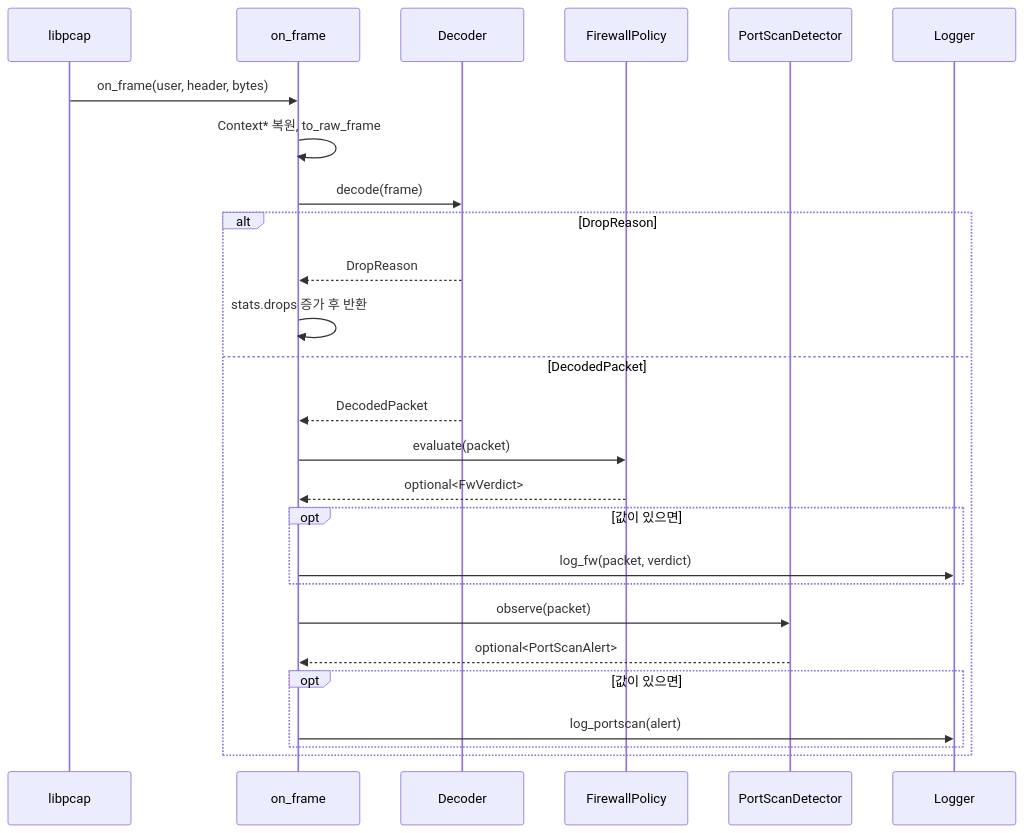
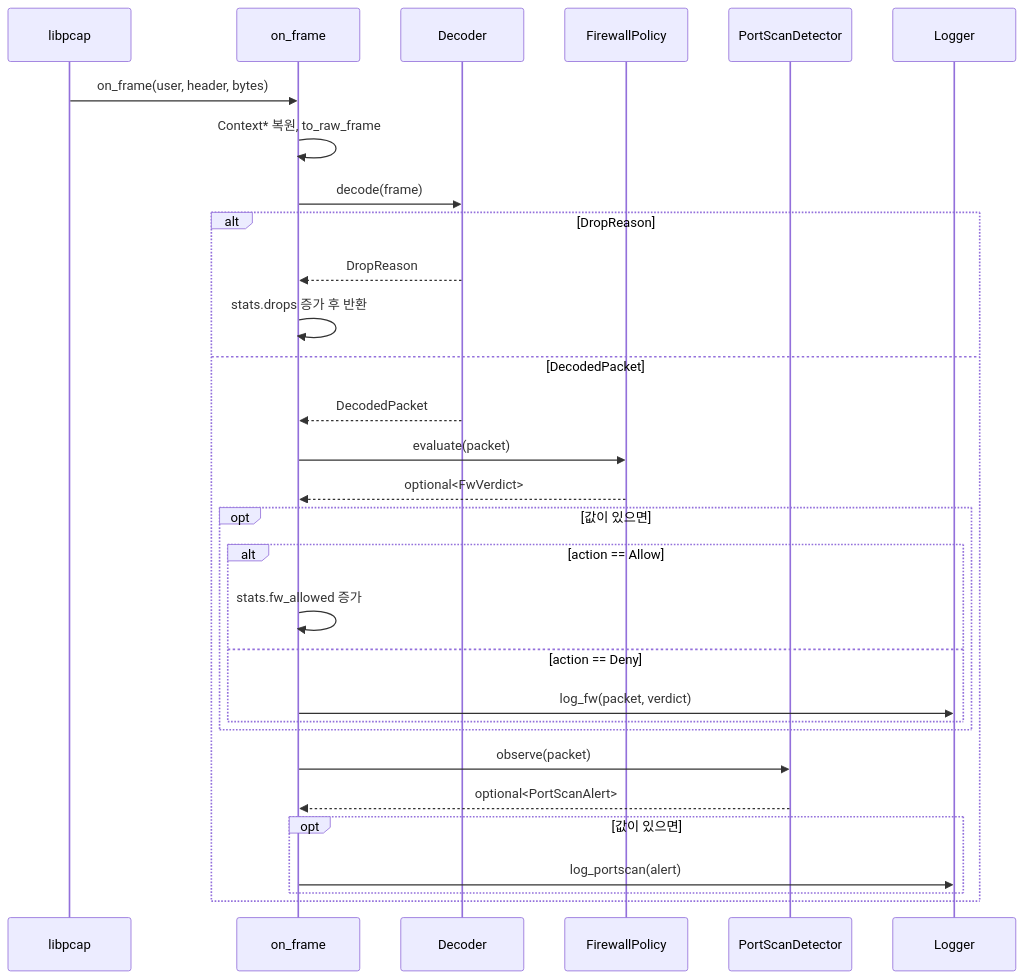
One commit to ming-ming2/mini-utm changed the fourth of 5 diagrams in docs/SPEC.md. Above: the diagram before and after it, drawn with Mermaid. The commit also changed other lines of this file and 6 other files, not shown here.

````diff
--- a/docs/SPEC.md
+++ b/docs/SPEC.md
@@ -518,29 +519,33 @@
 ```mermaid
 sequenceDiagram
     participant Pcap as libpcap
     participant CB as on_frame
     participant Dec as Decoder
     participant FW as FirewallPolicy
     participant PS as PortScanDetector
     participant Log as Logger
 
     Pcap->>CB: on_frame(user, header, bytes)
     CB->>CB: Context* 복원, to_raw_frame
     CB->>Dec: decode(frame)
     alt DropReason
         Dec-->>CB: DropReason
         CB->>CB: stats.drops 증가 후 반환
     else DecodedPacket
         Dec-->>CB: DecodedPacket
         CB->>FW: evaluate(packet)
         FW-->>CB: optional<FwVerdict>
         opt 값이 있으면
-            CB->>Log: log_fw(packet, verdict)
+            alt action == Allow
+                CB->>CB: stats.fw_allowed 증가
+            else action == Deny
+                CB->>Log: log_fw(packet, verdict)
+            end
         end
         CB->>PS: observe(packet)
         PS-->>CB: optional<PortScanAlert>
         opt 값이 있으면
             CB->>Log: log_portscan(alert)
         end
     end
 ```
````
